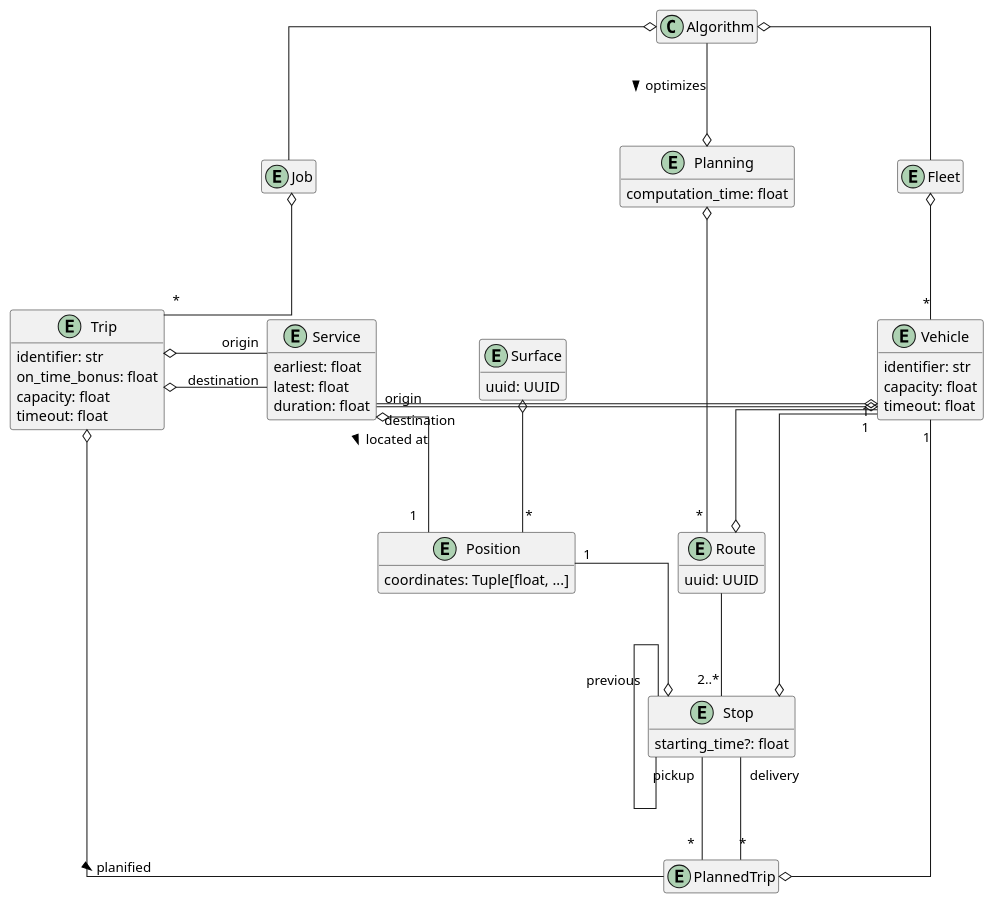
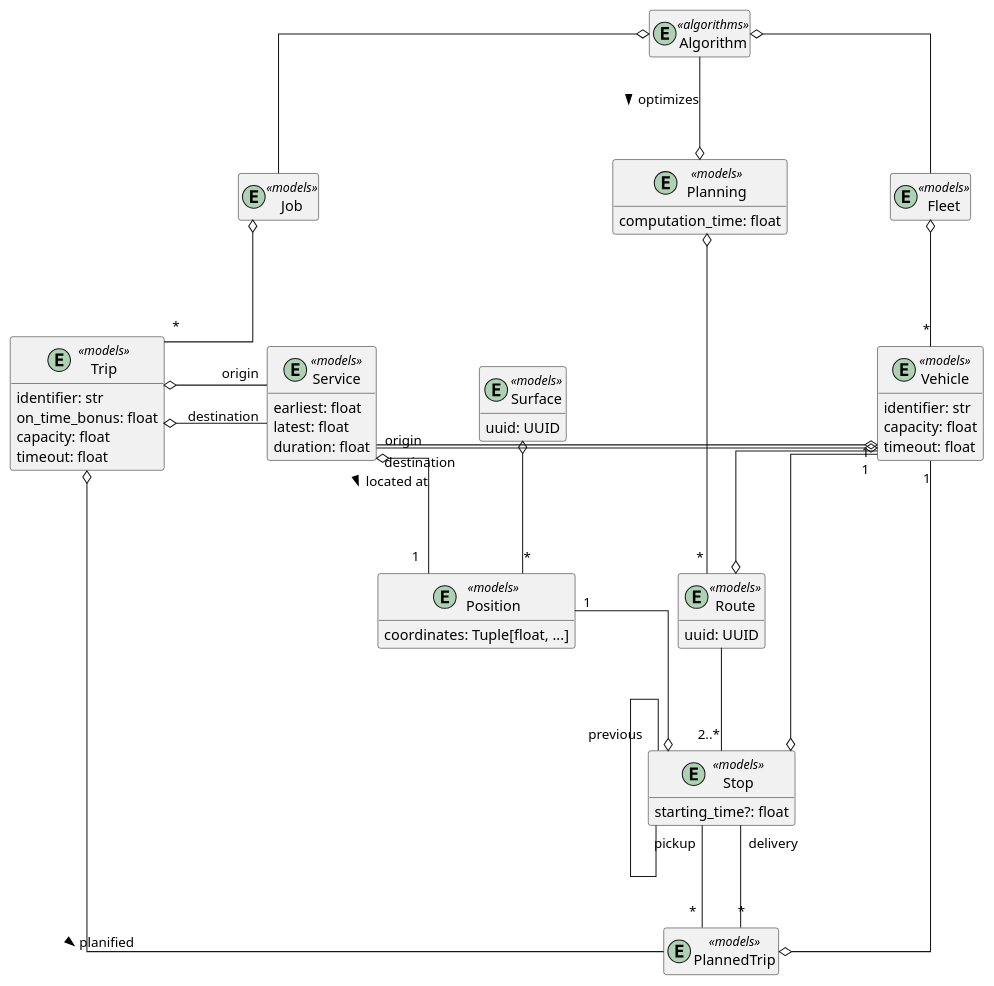
Before and after one commit to garciparedes/jinete: the diagram in docs/source/_static/data_model.puml, drawn with PlantUML.

Commit message:
ISSUE #101 * Minor improvements.

```diff
--- a/docs/source/_static/data_model.puml
+++ b/docs/source/_static/data_model.puml
@@ -1,80 +1,82 @@
 @startuml
 skinparam linetype ortho
 skinparam nodesep 100
 skinparam ranksep 100
 hide empty methods
 hide empty attributes
 
-entity Vehicle {
+entity Algorithm <<algorithms>>
+
+entity Vehicle <<models>> {
   identifier: str
   capacity: float
   timeout: float
 }
 
-entity Route {
+entity Route <<models>> {
   uuid: UUID
 }
 
-entity Trip {
+entity Trip <<models>> {
   identifier: str
   on_time_bonus: float
   capacity: float
   timeout: float
 }
 
-entity PlannedTrip {
+entity PlannedTrip <<models>> {
 }
 
-entity Planning {
+entity Planning <<models>> {
   computation_time: float
 }
 
-entity Stop {
+entity Stop <<models>> {
   starting_time?: float
 }
 
-entity Service {
+entity Service <<models>> {
   earliest: float
   latest: float
   duration: float
 }
 
-entity Job {
+entity Job <<models>> {
 }
 
-entity Fleet {
+entity Fleet <<models>> {
 }
 
-entity Position {
+entity Position <<models>> {
   coordinates: Tuple[float, ...]
 }
 
-entity Surface {
+entity Surface <<models>> {
   uuid: UUID
 }
 
 
 Job o-"*" Trip
 Algorithm --o Planning: optimizes >
 Algorithm o-- Fleet
 Algorithm o-- Job
 Planning o--"*" Route
 Trip o- PlannedTrip: planified >
 Trip o-right-"origin" Service
 Trip o-right-"destination" Service
 Service o--"1" Position: located at >
 PlannedTrip "*"-up-"pickup" Stop
 PlannedTrip "*"-up-"delivery" Stop
 Route --"2..*" Stop
 Position "1"-o Stop
 Position "*"-up-o Surface
 Vehicle "1"--o Stop
 Vehicle "1"--o PlannedTrip
 Vehicle "1"-down-o Route
 Stop "previous"-- Stop
 Fleet o--"*" Vehicle
 Vehicle o-left-"origin" Service
 Vehicle o-left-"destination" Service
 
 
 @enduml
```
